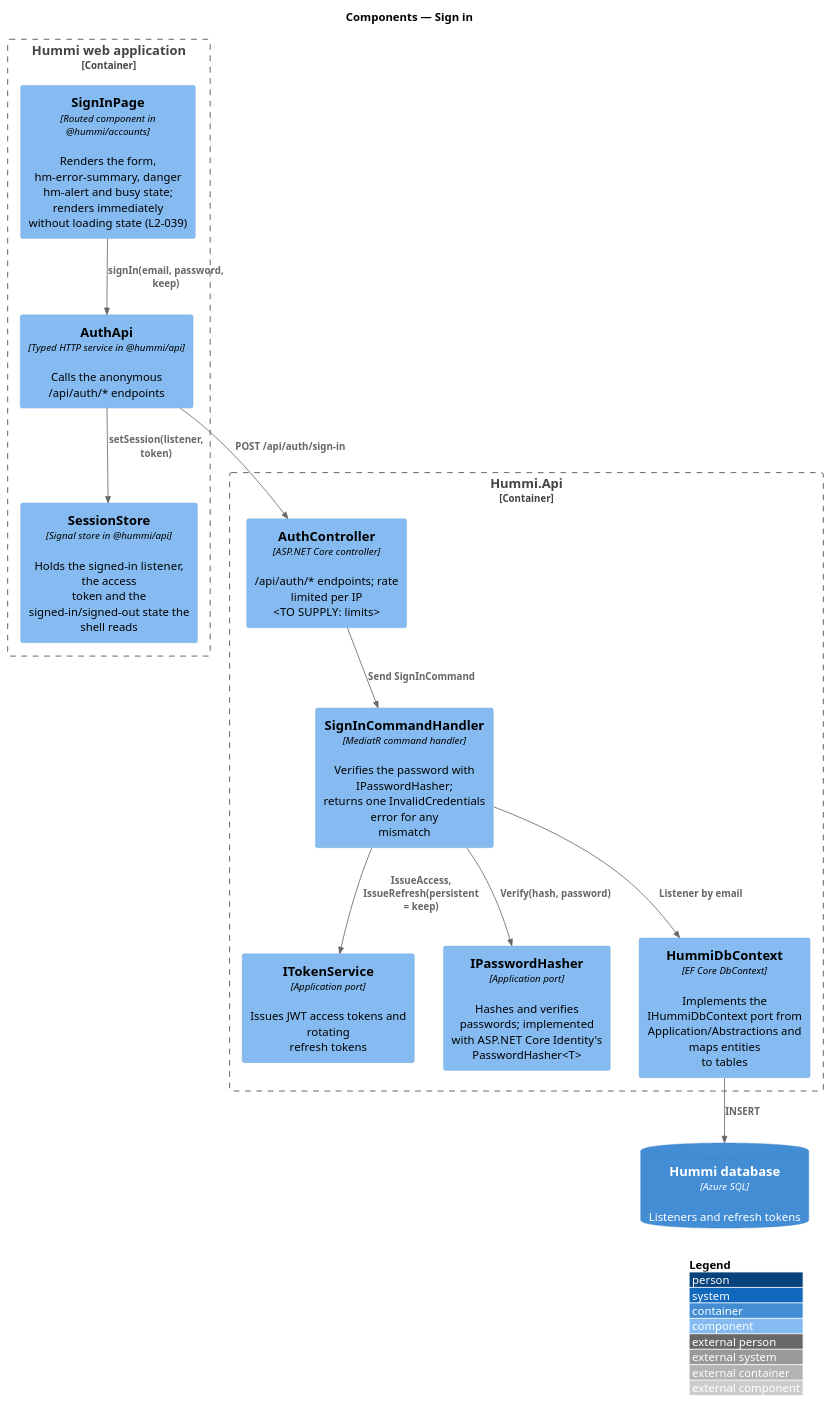
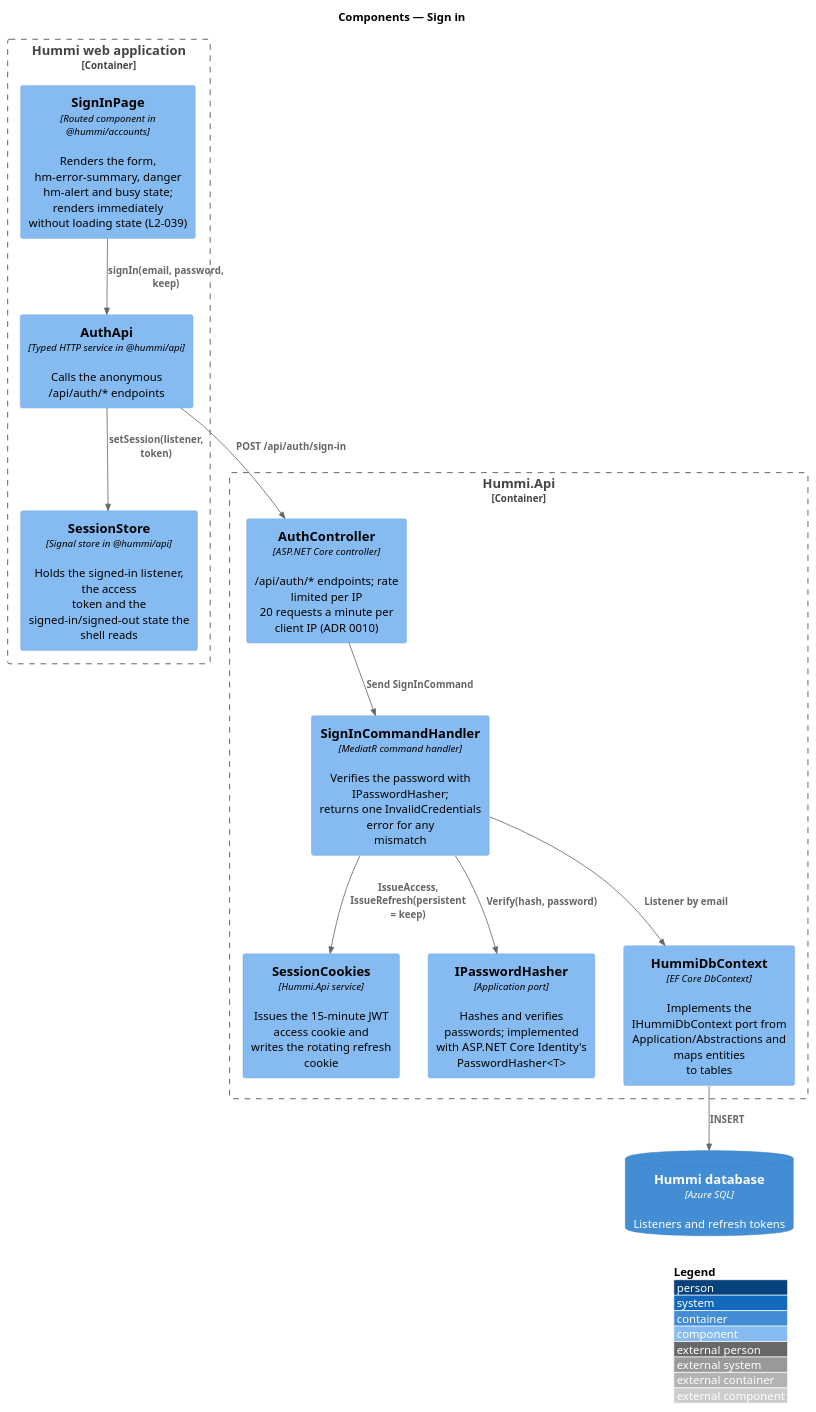
The diagram in docs/detailed-designs/accounts/sign-in/diagrams/c4-component.puml (QuinntyneBrown/hummi), drawn with PlantUML before and after one commit. The commit also changed 206 other files, not shown here.

```diff
--- a/docs/detailed-designs/accounts/sign-in/diagrams/c4-component.puml
+++ b/docs/detailed-designs/accounts/sign-in/diagrams/c4-component.puml
@@ -1,27 +1,27 @@
 @startuml
 !include <C4/C4_Component>
 LAYOUT_WITH_LEGEND()
 title Components — Sign in
 
 Container_Boundary(spa, "Hummi web application") {
   Component(page, "SignInPage", "Routed component in @hummi/accounts", "Renders the form, hm-error-summary, danger\nhm-alert and busy state; renders immediately\nwithout loading state (L2-039)")
   Component(client, "AuthApi", "Typed HTTP service in @hummi/api", "Calls the anonymous /api/auth/* endpoints")
   Component(session, "SessionStore", "Signal store in @hummi/api", "Holds the signed-in listener, the access\ntoken and the signed-in/signed-out state the\nshell reads")
 }
 Container_Boundary(api, "Hummi.Api") {
-  Component(ctl, "AuthController", "ASP.NET Core controller", "/api/auth/* endpoints; rate limited per IP\n<TO SUPPLY: limits>")
+  Component(ctl, "AuthController", "ASP.NET Core controller", "/api/auth/* endpoints; rate limited per IP\n20 requests a minute per client IP (ADR 0010)")
   Component(cmd, "SignInCommandHandler", "MediatR command handler", "Verifies the password with IPasswordHasher;\nreturns one InvalidCredentials error for any\nmismatch")
-  Component(tok, "ITokenService", "Application port", "Issues JWT access tokens and rotating\nrefresh tokens")
+  Component(tok, "SessionCookies", "Hummi.Api service", "Issues the 15-minute JWT access cookie and\nwrites the rotating refresh cookie")
   Component(hash, "IPasswordHasher", "Application port", "Hashes and verifies passwords; implemented\nwith ASP.NET Core Identity's\nPasswordHasher<T>")
   Component(ctx, "HummiDbContext", "EF Core DbContext", "Implements the IHummiDbContext port from\nApplication/Abstractions and maps entities\nto tables")
 }
 ContainerDb(db, "Hummi database", "Azure SQL", "Listeners and refresh tokens")
 Rel(page, client, "signIn(email, password, keep)")
 Rel(client, ctl, "POST /api/auth/sign-in")
 Rel(ctl, cmd, "Send SignInCommand")
 Rel(cmd, ctx, "Listener by email")
 Rel(cmd, hash, "Verify(hash, password)")
 Rel(cmd, tok, "IssueAccess, IssueRefresh(persistent\n= keep)")
 Rel(ctx, db, "INSERT")
 Rel(client, session, "setSession(listener, token)")
 @enduml
```
